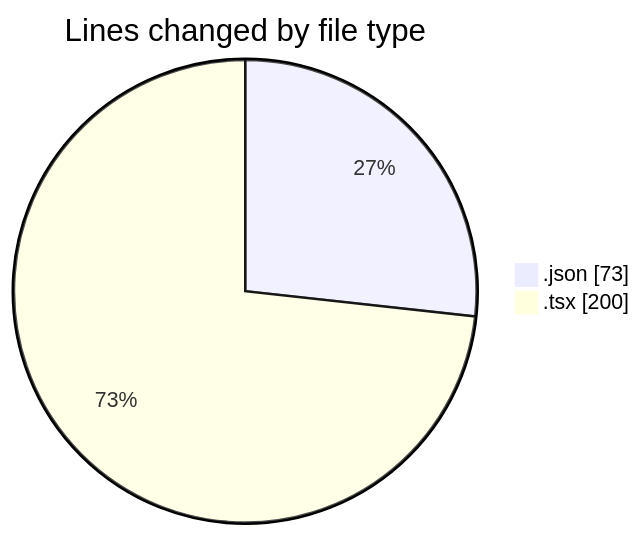
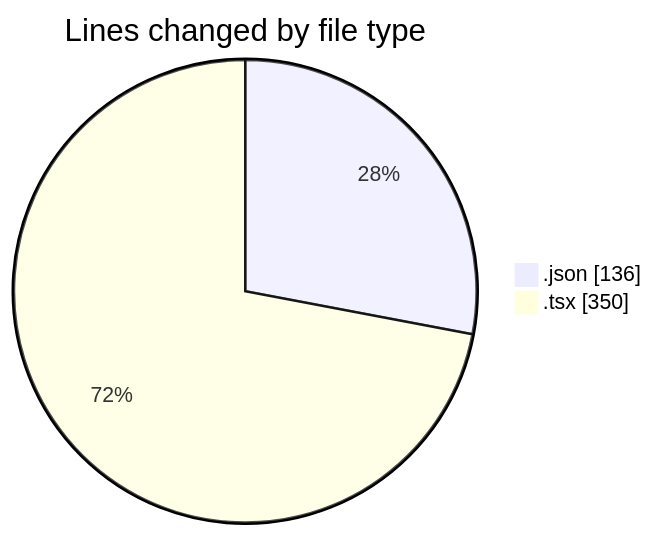
The first of 2 diagrams in 2025-05-09/un_laala/README.md (Elitesun/code-tracking), drawn with Mermaid before and after one commit. The commit also changed other lines of this file and 1 other file, not shown here.

````diff
--- a/2025-05-09/un_laala/README.md
+++ b/2025-05-09/un_laala/README.md
@@ -21,6 +21,6 @@
 ```mermaid
 pie showData
 title Lines changed by file type
-".json" : 73
-".tsx" : 200
+".json" : 136
+".tsx" : 350
 ```
````
